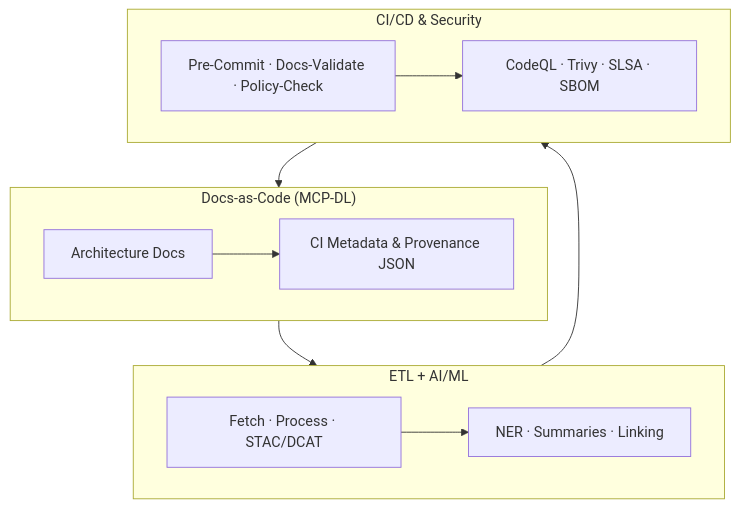
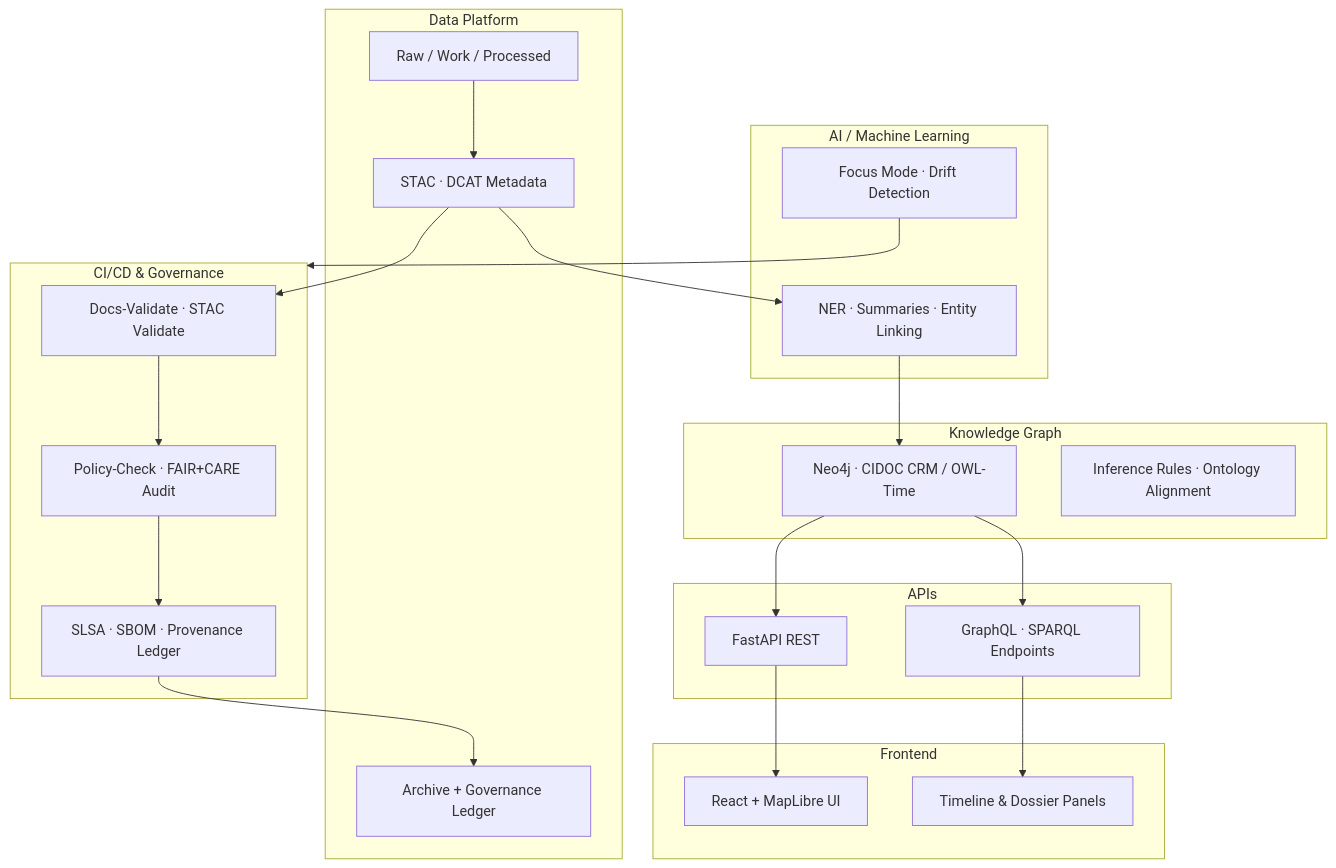
The diagram in docs/architecture/README.md (bartytime4life/Kansas-Frontier-Matrix), drawn with Mermaid before and after one commit. The commit also changed other lines of this file, not shown here.

````diff
--- a/docs/architecture/README.md
+++ b/docs/architecture/README.md
@@ -95,15 +103,40 @@
 ```mermaid
 flowchart TD
-  subgraph Docs["Docs-as-Code (MCP-DL)"]
-    D1["Architecture Docs"] --> D2["CI Metadata & Provenance JSON"]
+  subgraph DATA["Data Platform"]
+    D1["Raw / Work / Processed"]
+    D2["STAC · DCAT Metadata"]
+    D3["Archive + Governance Ledger"]
   end
-  subgraph Pipelines["ETL + AI/ML"]
-    P1["Fetch · Process · STAC/DCAT"] --> P2["NER · Summaries · Linking"]
+
+  subgraph AI["AI / Machine Learning"]
+    A1["NER · Summaries · Entity Linking"]
+    A2["Focus Mode · Drift Detection"]
   end
-  subgraph Infra["CI/CD & Security"]
-    C1["Pre-Commit · Docs-Validate · Policy-Check"] --> C2["CodeQL · Trivy · SLSA · SBOM"]
+
+  subgraph GRAPH["Knowledge Graph"]
+    G1["Neo4j · CIDOC CRM / OWL-Time"]
+    G2["Inference Rules · Ontology Alignment"]
   end
-  Docs --> Pipelines
-  Pipelines --> Infra
-  Infra --> Docs
+
+  subgraph API["APIs"]
+    P1["FastAPI REST"]
+    P2["GraphQL · SPARQL Endpoints"]
+  end
+
+  subgraph WEB["Frontend"]
+    W1["React + MapLibre UI"]
+    W2["Timeline & Dossier Panels"]
+  end
+
+  subgraph GOV["CI/CD & Governance"]
+    C1["Docs-Validate · STAC Validate"]
+    C2["Policy-Check · FAIR+CARE Audit"]
+    C3["SLSA · SBOM · Provenance Ledger"]
+  end
+
+  D1 --> D2 --> A1
+  A1 --> G1 --> P1 --> W1
+  G1 --> P2 --> W2
+  D2 --> C1 --> C2 --> C3 --> D3
+  A2 --> GOV
 ```
````
